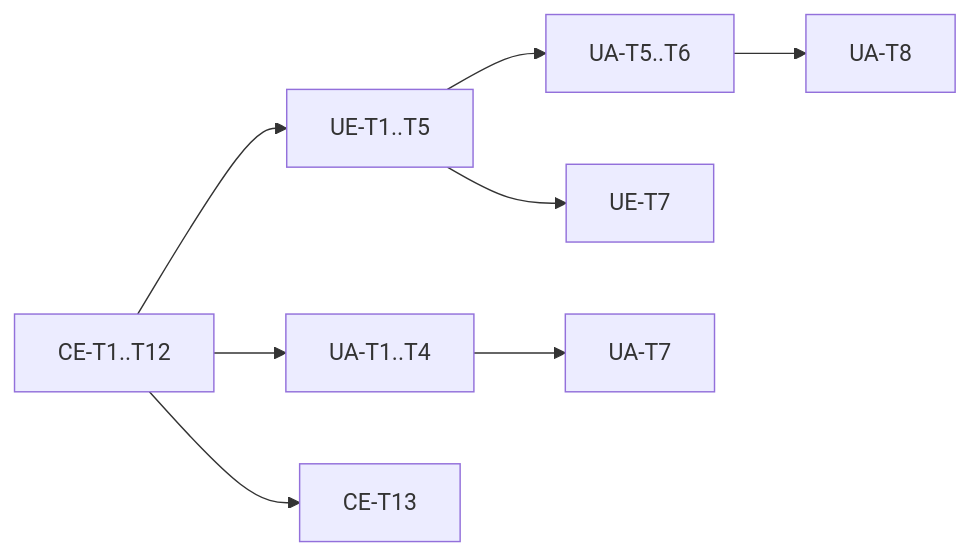
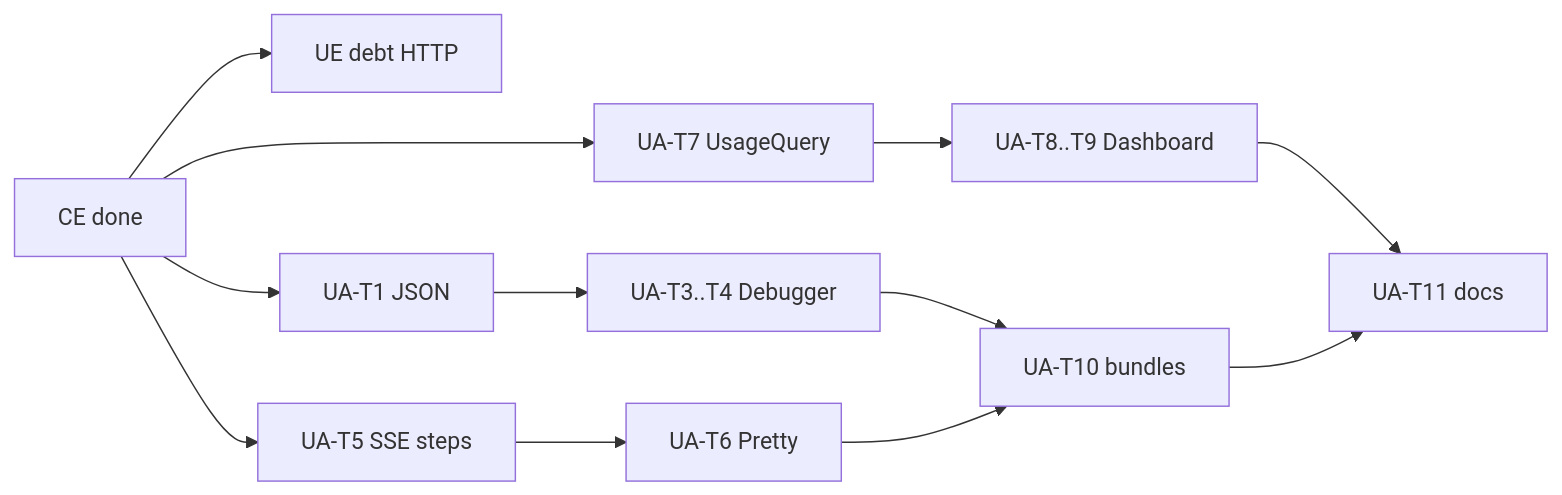
One commit to digitalelvis/neuronai-studio changed the diagram in .specs/features/m5-analytics-billing/tasks.md. Above: the diagram before and after it, drawn with Mermaid. The commit also changed other lines of this file and 9 other files, not shown here.

````diff
--- a/.specs/features/m5-analytics-billing/tasks.md
+++ b/.specs/features/m5-analytics-billing/tasks.md
@@ -19,10 +20,14 @@
 ```mermaid
 flowchart LR
-    CE[CE-T1..T12] --> UE[UE-T1..T5]
-    CE --> UA_dbg[UA-T1..T4]
-    UE --> UA_dash[UA-T5..T6]
-    UA_dbg --> UA_build[UA-T7]
-    UA_dash --> UA_docs[UA-T8]
-    CE --> CE_docs[CE-T13]
-    UE --> UE_docs[UE-T7]
+    CE[CE done] --> UE[UE debt HTTP]
+    CE --> UA_api[UA-T1 JSON]
+    CE --> UA_sse[UA-T5 SSE steps]
+    CE --> UA_q[UA-T7 UsageQuery]
+    UA_api --> UA_dbg[UA-T3..T4 Debugger]
+    UA_sse --> UA_pretty[UA-T6 Pretty]
+    UA_q --> UA_dash[UA-T8..T9 Dashboard]
+    UA_dbg --> UA_build[UA-T10 bundles]
+    UA_pretty --> UA_build
+    UA_dash --> UA_docs[UA-T11 docs]
+    UA_build --> UA_docs
 ```
````
